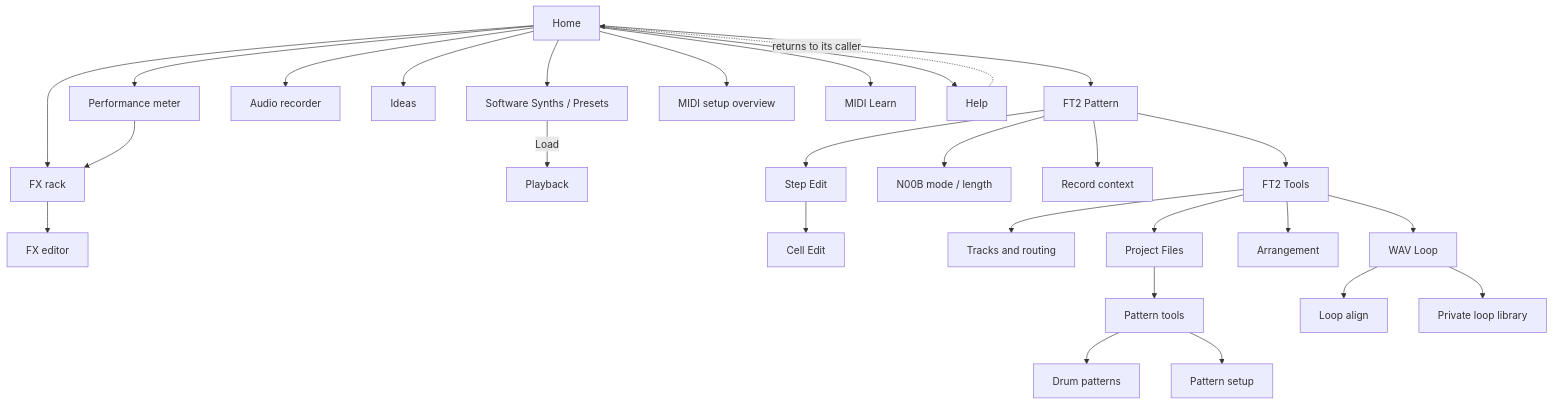
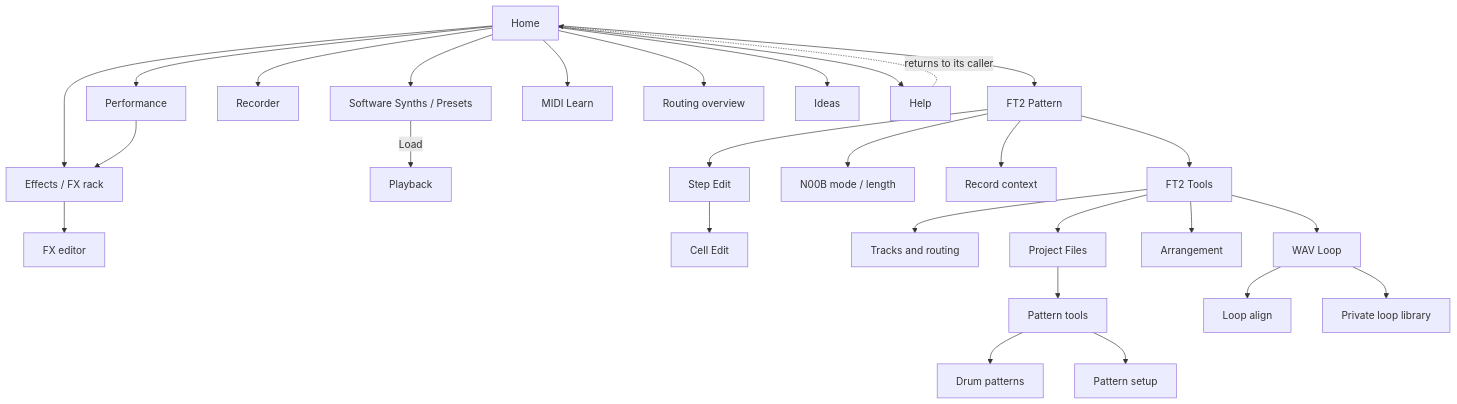
The diagram in docs/MENU_MANUAL.md (PaolaShultz/shsynth), drawn with Mermaid before and after one commit. The commit also changed other lines of this file and 8 other files, not shown here.

````diff
--- a/docs/MENU_MANUAL.md
+++ b/docs/MENU_MANUAL.md
@@ -50,30 +50,30 @@
 ```mermaid
 flowchart TD
     H0[Home] --> P[Software Synths / Presets]
     H0 --> T[FT2 Pattern]
-    H0 --> A[Audio recorder]
+    H0 --> A[Recorder]
+    H0 --> M[Performance]
+    H0 --> ML[MIDI Learn]
+    H0 --> RTE[Routing overview]
+    H0 --> FX[Effects / FX rack]
     H0 --> I[Ideas]
-    H0 --> M[Performance meter]
-    H0 --> FX[FX rack]
-    H0 --> MS[MIDI setup overview]
-    H0 --> ML[MIDI Learn]
     H0 --> H[Help]
     P -->|Load| PB[Playback]
     M --> FX
     FX --> FE[FX editor]
     T --> TT[FT2 Tools]
     T --> N[N00B mode / length]
     T --> R[Record context]
     T --> E[Step Edit]
     E --> CE[Cell Edit]
     TT --> TR[Tracks and routing]
     TT --> F[Project Files]
     TT --> AR[Arrangement]
     TT --> L[WAV Loop]
     F --> PT[Pattern tools]
     PT --> D[Drum patterns]
     PT --> PS[Pattern setup]
     L --> LA[Loop align]
     L --> LL[Private loop library]
     H -. returns to its caller .-> H0
 ```
````
